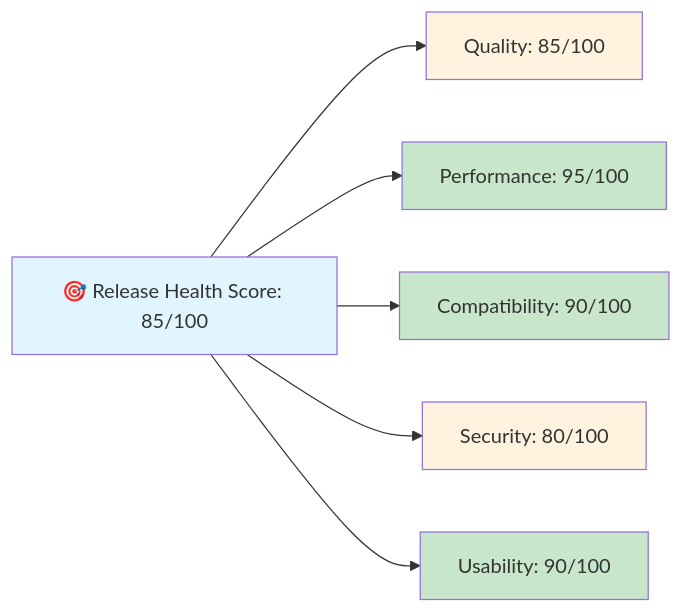
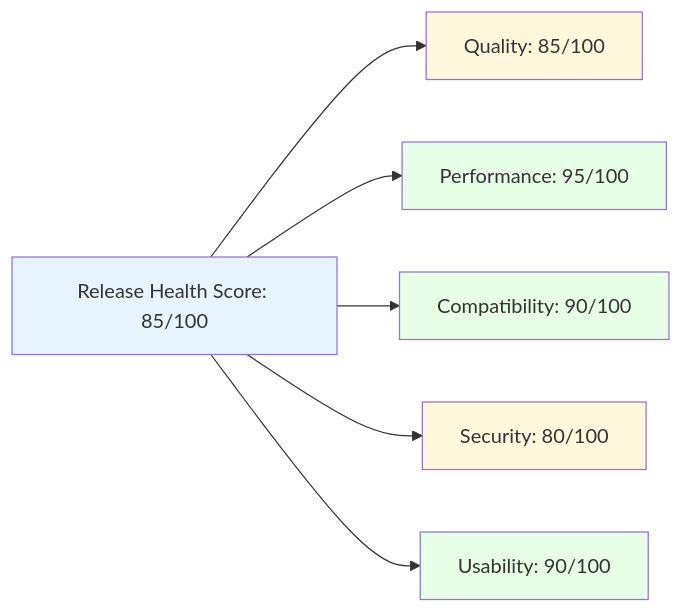
One commit to Tasmimdristy7/qa-lifecycle-suite changed the seventh of 7 diagrams in docs/qa-lifecycle-diagram.md. Above: the diagram before and after it, drawn with Mermaid. The commit also changed other lines of this file and 3 other files, not shown here.

````diff
--- a/docs/qa-lifecycle-diagram.md
+++ b/docs/qa-lifecycle-diagram.md
@@ -142,15 +142,15 @@
 ```mermaid
 graph LR
-    A[🎯 Release Health Score: 85/100] --> B[Quality: 85/100]
+    A[Release Health Score: 85/100] --> B[Quality: 85/100]
     A --> C[Performance: 95/100]
     A --> D[Compatibility: 90/100]
     A --> E[Security: 80/100]
     A --> F[Usability: 90/100]
     
-    style A fill:#e1f5fe
-    style B fill:#fff3e0
-    style C fill:#c8e6c9
-    style D fill:#c8e6c9
-    style E fill:#fff3e0
-    style F fill:#c8e6c9
+    style A fill:#e8f4fd
+    style B fill:#fff8dc
+    style C fill:#e6ffe6
+    style D fill:#e6ffe6
+    style E fill:#fff8dc
+    style F fill:#e6ffe6
 ```
````
